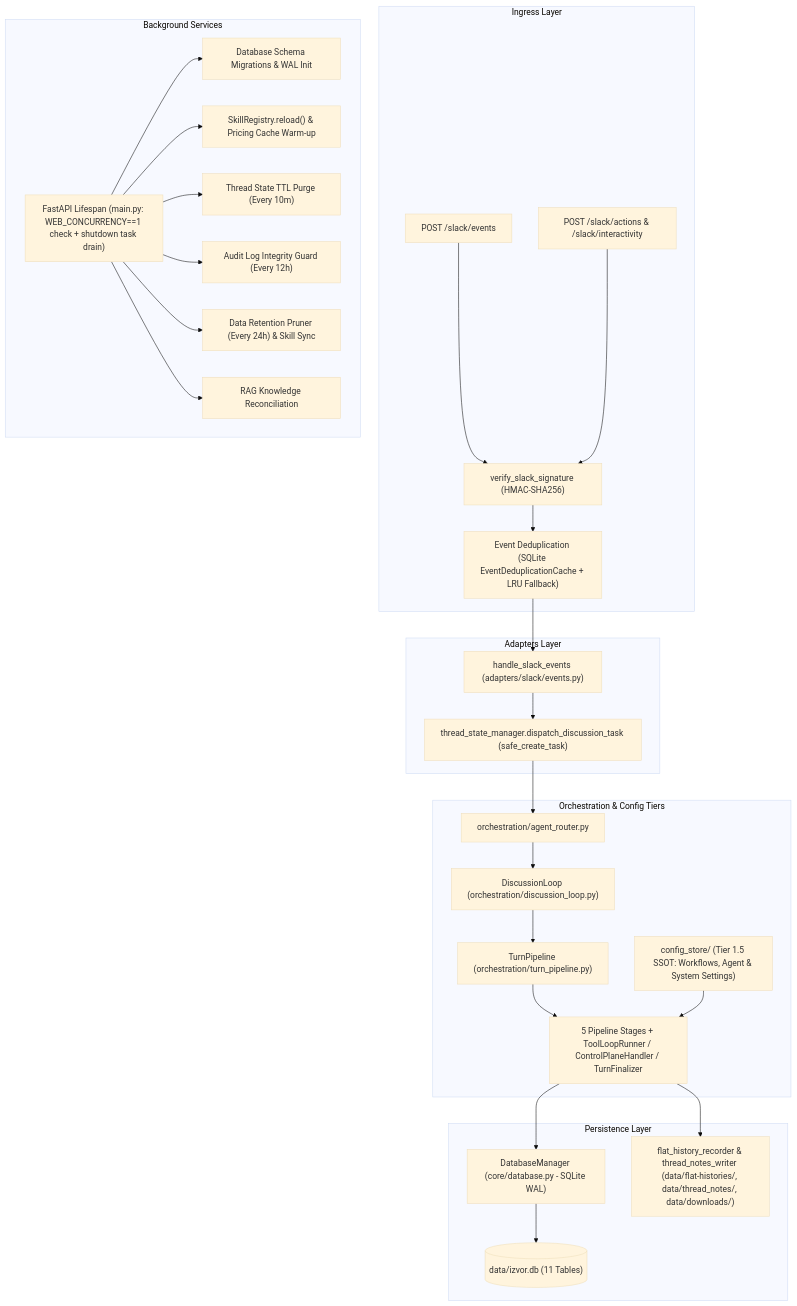
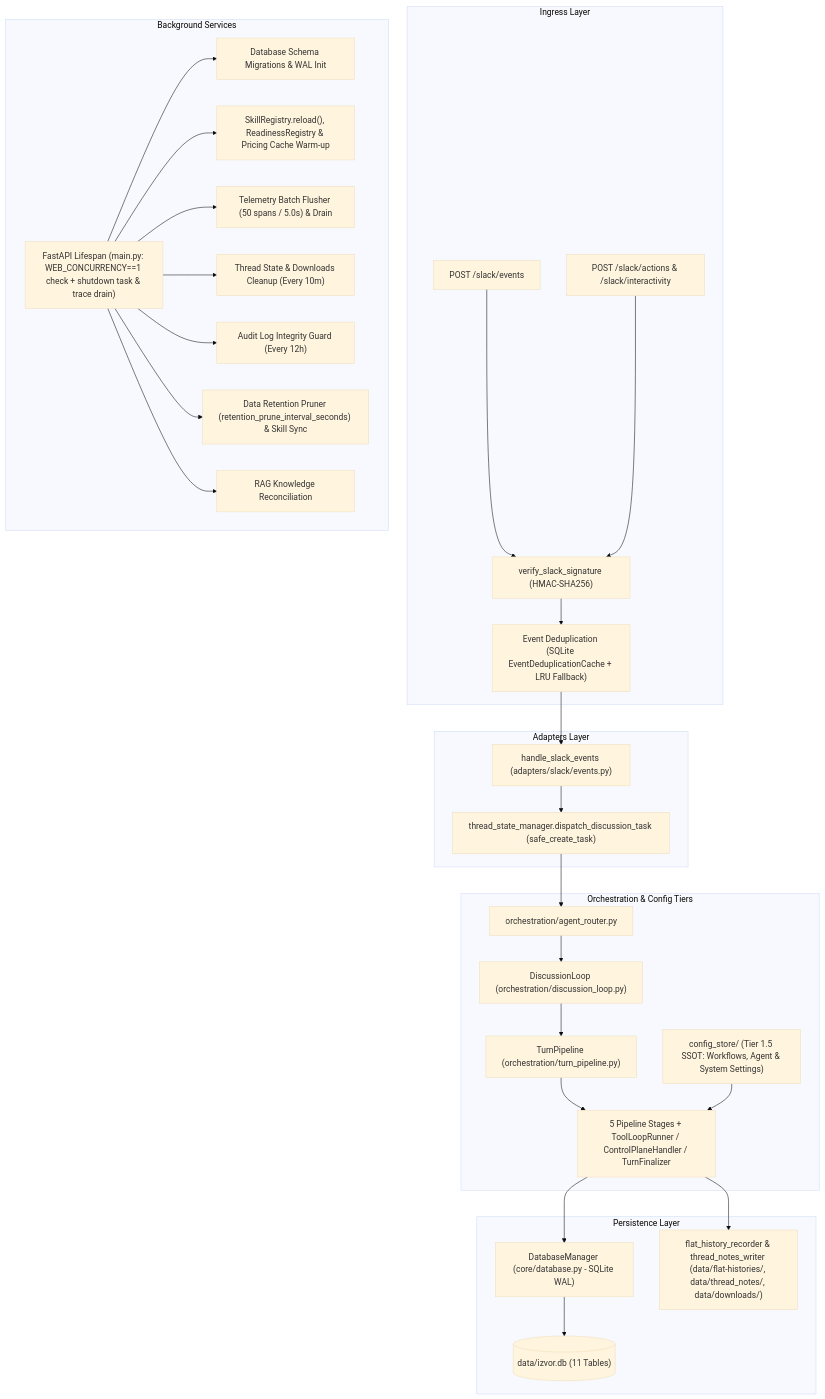
One commit to BranMik/Izvor changed the diagram in docs/architecture/system-design.md. Above: the diagram before and after it, drawn with Mermaid (base theme). The commit also changed other lines of this file and 13 other files, not shown here.

````diff
--- a/docs/architecture/system-design.md
+++ b/docs/architecture/system-design.md
@@ -11,37 +11,38 @@
 ```mermaid
 graph TD
     subgraph Ingress Layer
         SlackWebhook["POST /slack/events"] --> SignatureGuard["verify_slack_signature (HMAC-SHA256)"]
         SlackActions["POST /slack/actions & /slack/interactivity"] --> SignatureGuard
         SignatureGuard --> Dedup["Event Deduplication (SQLite EventDeduplicationCache + LRU Fallback)"]
     end
 
     subgraph Adapters Layer
         Dedup --> EventDispatcher["handle_slack_events (adapters/slack/events.py)"]
         EventDispatcher --> AsyncWorker["thread_state_manager.dispatch_discussion_task (safe_create_task)"]
     end
 
     subgraph Orchestration & Config Tiers
         AsyncWorker --> AgentRouter["orchestration/agent_router.py"]
         AgentRouter --> DiscussionLoop["DiscussionLoop (orchestration/discussion_loop.py)"]
         DiscussionLoop --> TurnPipeline["TurnPipeline (orchestration/turn_pipeline.py)"]
         TurnPipeline --> Stages["5 Pipeline Stages + ToolLoopRunner / ControlPlaneHandler / TurnFinalizer"]
         ConfigStore["config_store/ (Tier 1.5 SSOT: Workflows, Agent & System Settings)"] --> Stages
     end
 
     subgraph Persistence Layer
         Stages --> DBManager["DatabaseManager (core/database.py - SQLite WAL)"]
         DBManager --> SQLiteDB[("data/izvor.db (11 Tables)")]
         Stages --> FlatHistories["flat_history_recorder & thread_notes_writer (data/flat-histories/, data/thread_notes/, data/downloads/)"]
     end
 
     subgraph Background Services
-        Lifespan["FastAPI Lifespan (main.py: WEB_CONCURRENCY==1 check + shutdown task drain)"]
+        Lifespan["FastAPI Lifespan (main.py: WEB_CONCURRENCY==1 check + shutdown task & trace drain)"]
         Lifespan --> DBInit["Database Schema Migrations & WAL Init"]
-        Lifespan --> SkillLoad["SkillRegistry.reload() & Pricing Cache Warm-up"]
-        Lifespan --> ThreadPurge["Thread State TTL Purge (Every 10m)"]
+        Lifespan --> SkillLoad["SkillRegistry.reload(), ReadinessRegistry & Pricing Cache Warm-up"]
+        Lifespan --> Flusher["Telemetry Batch Flusher (50 spans / 5.0s) & Drain"]
+        Lifespan --> ThreadPurge["Thread State & Downloads Cleanup (Every 10m)"]
         Lifespan --> AuditGuard["Audit Log Integrity Guard (Every 12h)"]
-        Lifespan --> RetentionPrune["Data Retention Pruner (Every 24h) & Skill Sync"]
+        Lifespan --> RetentionPrune["Data Retention Pruner (retention_prune_interval_seconds) & Skill Sync"]
         Lifespan --> RAGReconcile["RAG Knowledge Reconciliation"]
     end
 ```
````
